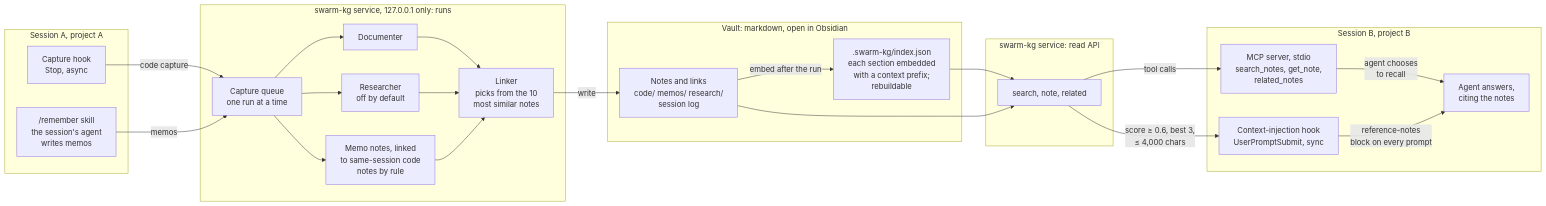
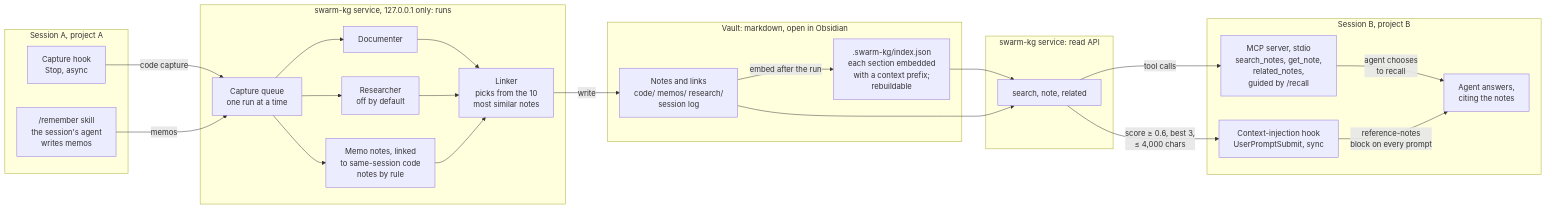
One commit to lukewoodcock/knowledge-graph changed the diagram in docs/architecture.md. Above: the diagram before and after it, drawn with Mermaid. The commit also changed other lines of this file, not shown here.

Commit message:
docs: show the /recall skill on the architecture page

````diff
--- a/docs/architecture.md
+++ b/docs/architecture.md
@@ -7,43 +7,43 @@
 ```mermaid
 flowchart LR
   subgraph A["Session A, project A"]
     CH["Capture hook<br/>Stop, async"]
     RM["/remember skill<br/>the session's agent<br/>writes memos"]
   end
 
   subgraph W["swarm-kg service, 127.0.0.1 only: runs"]
     Q["Capture queue<br/>one run at a time"]
     DOC["Documenter"]
     RES["Researcher<br/>off by default"]
     MEMO["Memo notes, linked<br/>to same-session code<br/>notes by rule"]
     LNK["Linker<br/>picks from the 10<br/>most similar notes"]
   end
 
   subgraph V["Vault: markdown, open in Obsidian"]
     N["Notes and links<br/>code/ memos/ research/<br/>session log"]
     I[".swarm-kg/index.json<br/>each section embedded<br/>with a context prefix;<br/>rebuildable"]
   end
 
   subgraph R["swarm-kg service: read API"]
     API["search, note, related"]
   end
 
   subgraph B["Session B, project B"]
-    MCP["MCP server, stdio<br/>search_notes, get_note,<br/>related_notes"]
+    MCP["MCP server, stdio<br/>search_notes, get_note,<br/>related_notes,<br/>guided by /recall"]
     CI["Context-injection hook<br/>UserPromptSubmit, sync"]
     AG["Agent answers,<br/>citing the notes"]
   end
 
   CH -- "code capture" --> Q
   RM -- "memos" --> Q
   Q --> DOC & RES
   Q --> MEMO
   DOC & RES & MEMO --> LNK
   LNK -- "write" --> N
   N -- "embed after the run" --> I
   I & N --> API
   API -- "tool calls" --> MCP
   API -- "score ≥ 0.6, best 3,<br/>≤ 4,000 chars" --> CI
   MCP -- "agent chooses<br/>to recall" --> AG
   CI -- "reference-notes<br/>block on every prompt" --> AG
 ```
````
